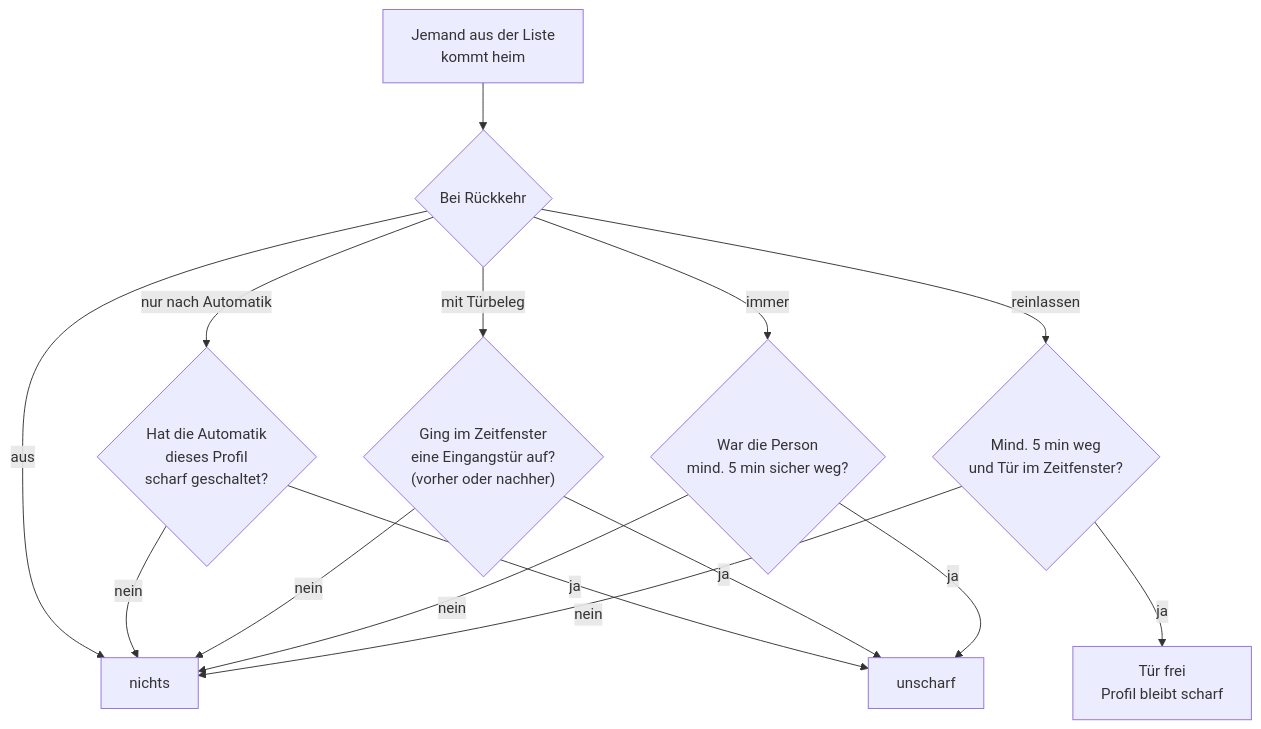
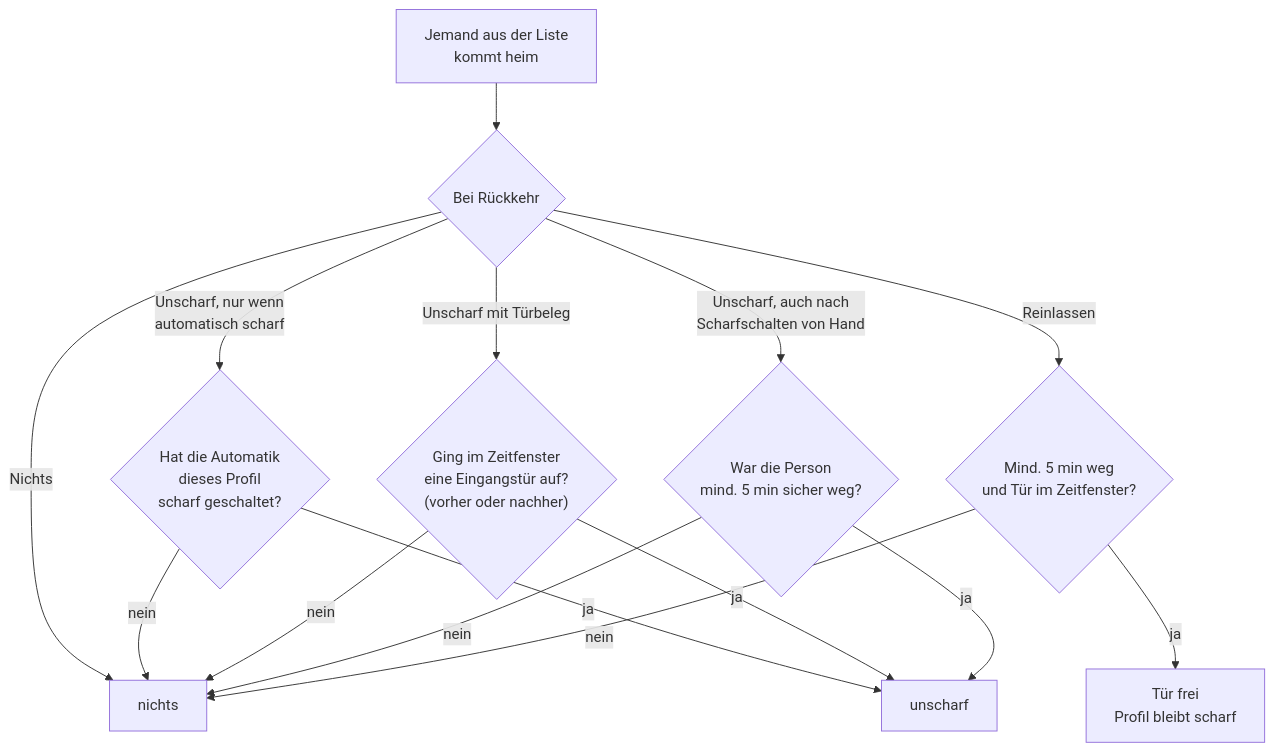
Before and after one commit to schlusenbaum/hauswacht: the third of 4 diagrams in docs/so-entscheidet-hauswacht.md, drawn with Mermaid. The commit also changed other lines of this file and 77 other files, not shown here.

````diff
--- a/docs/so-entscheidet-hauswacht.md
+++ b/docs/so-entscheidet-hauswacht.md
@@ -123,17 +123,17 @@
 ```mermaid
 flowchart TD
     H["Jemand aus der Liste<br/>kommt heim"] --> M{"Bei Rückkehr"}
-    M -- aus --> N["nichts"]
-    M -- "nur nach Automatik" --> AU{"Hat die Automatik<br/>dieses Profil<br/>scharf geschaltet?"}
+    M -- Nichts --> N["nichts"]
+    M -- "Unscharf, nur wenn<br/>automatisch scharf" --> AU{"Hat die Automatik<br/>dieses Profil<br/>scharf geschaltet?"}
     AU -- ja --> U["unscharf"]
     AU -- nein --> N
-    M -- "mit Türbeleg" --> TB{"Ging im Zeitfenster<br/>eine Eingangstür auf?<br/>(vorher oder nachher)"}
+    M -- "Unscharf mit Türbeleg" --> TB{"Ging im Zeitfenster<br/>eine Eingangstür auf?<br/>(vorher oder nachher)"}
     TB -- ja --> U
     TB -- nein --> N
-    M -- immer --> LW{"War die Person<br/>mind. 5 min sicher weg?"}
+    M -- "Unscharf, auch nach<br/>Scharfschalten von Hand" --> LW{"War die Person<br/>mind. 5 min sicher weg?"}
     LW -- ja --> U
     LW -- nein --> N
-    M -- reinlassen --> RL{"Mind. 5 min weg<br/>und Tür im Zeitfenster?"}
+    M -- "Reinlassen" --> RL{"Mind. 5 min weg<br/>und Tür im Zeitfenster?"}
     RL -- ja --> S["Tür frei<br/>Profil bleibt scharf"]
     RL -- nein --> N
 ```
````
